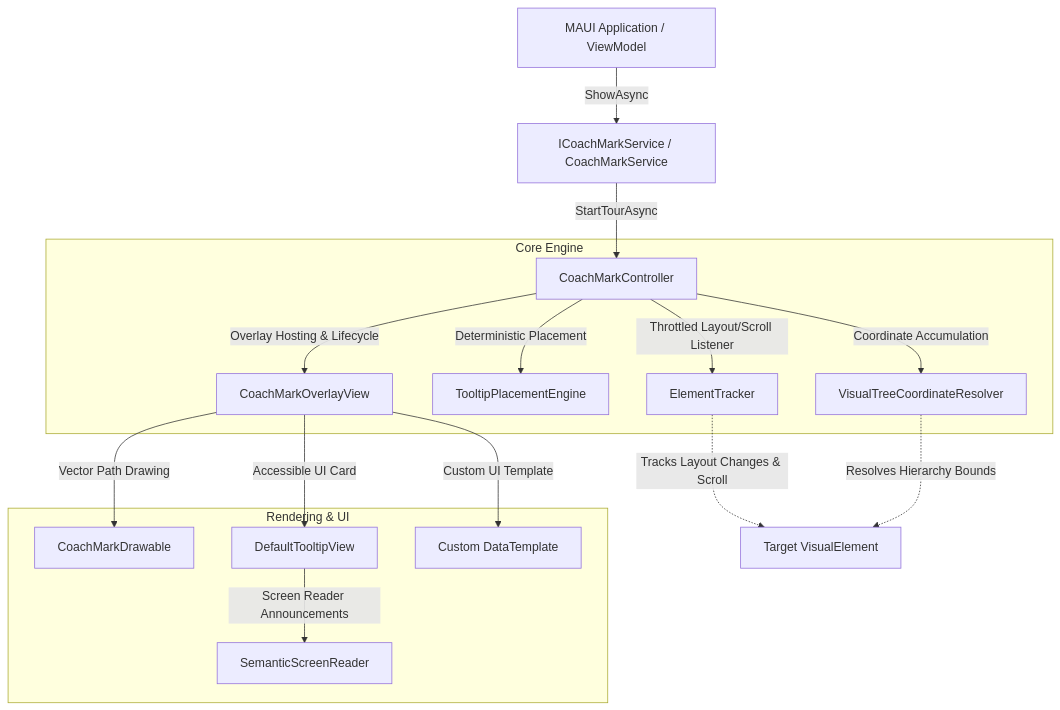
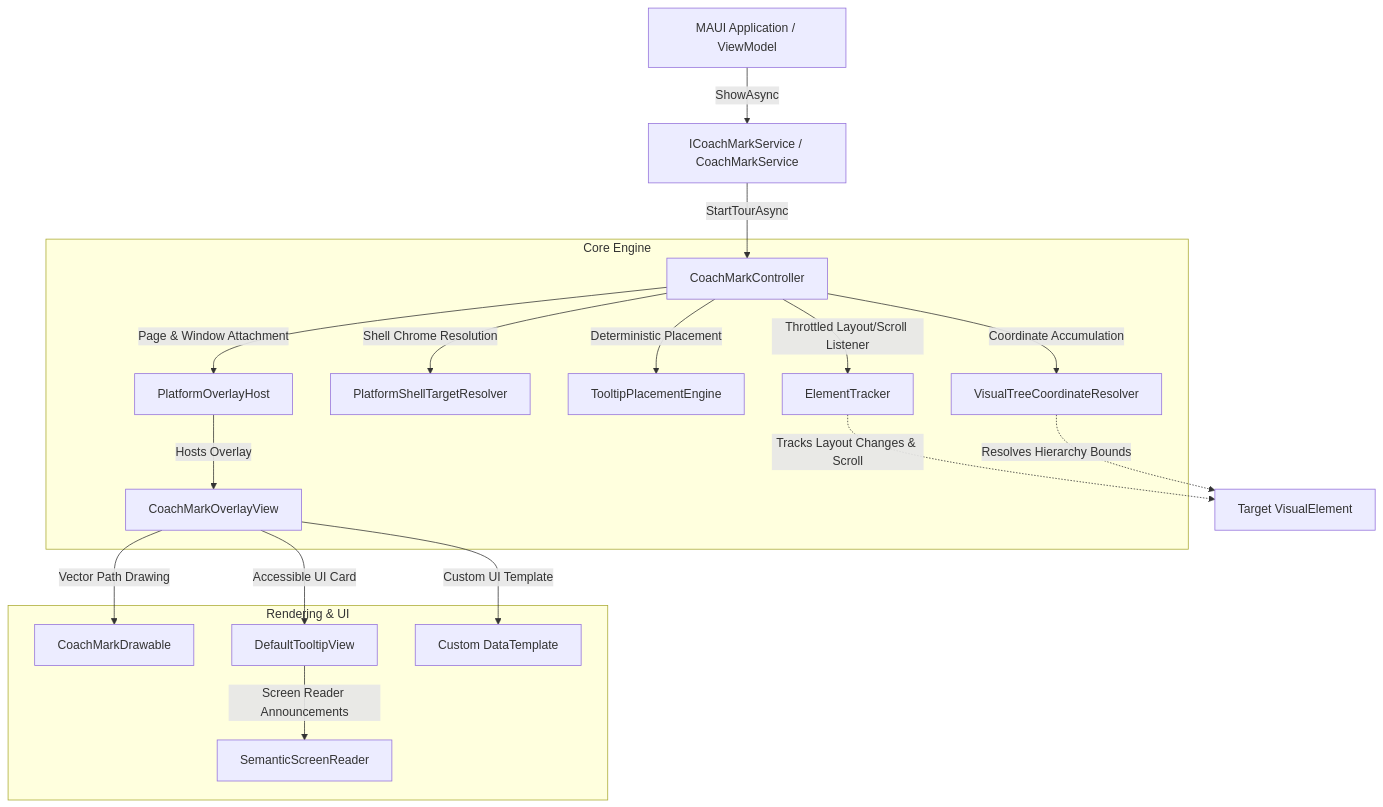
One commit to Jerson2000/CoachMark changed the diagram in README.md. Above: the diagram before and after it, drawn with Mermaid. The commit also changed other lines of this file and 22 other files, not shown here.

Commit message:
feat: add Shell chrome targeting, window overlay hosting, and custom Rect support

````diff
--- a/README.md
+++ b/README.md
@@ -298,22 +401,24 @@
 ```mermaid
 graph TD
     App[MAUI Application / ViewModel] -->|ShowAsync| CMS[ICoachMarkService / CoachMarkService]
     CMS -->|StartTourAsync| CMC[CoachMarkController]
     
     subgraph Core Engine
         CMC -->|Coordinate Accumulation| VTR[VisualTreeCoordinateResolver]
+        CMC -->|Shell Chrome Resolution| STR[PlatformShellTargetResolver]
         CMC -->|Deterministic Placement| TPE[TooltipPlacementEngine]
         CMC -->|Throttled Layout/Scroll Listener| ET[ElementTracker]
-        CMC -->|Overlay Hosting & Lifecycle| OVV[CoachMarkOverlayView]
+        CMC -->|Page & Window Attachment| OH[PlatformOverlayHost]
+        OH -->|Hosts Overlay| OVV[CoachMarkOverlayView]
     end
     
     subgraph Rendering & UI
         OVV -->|Vector Path Drawing| CMD[CoachMarkDrawable]
         OVV -->|Accessible UI Card| DTV[DefaultTooltipView]
         OVV -->|Custom UI Template| CT[Custom DataTemplate]
         DTV -->|Screen Reader Announcements| SR[SemanticScreenReader]
     end
 
     ET -.->|Tracks Layout Changes & Scroll| Target[Target VisualElement]
     VTR -.->|Resolves Hierarchy Bounds| Target
 ```
````
